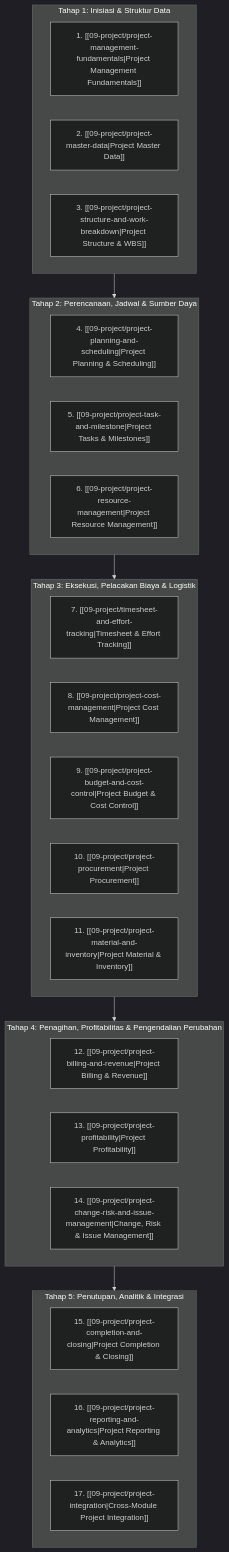
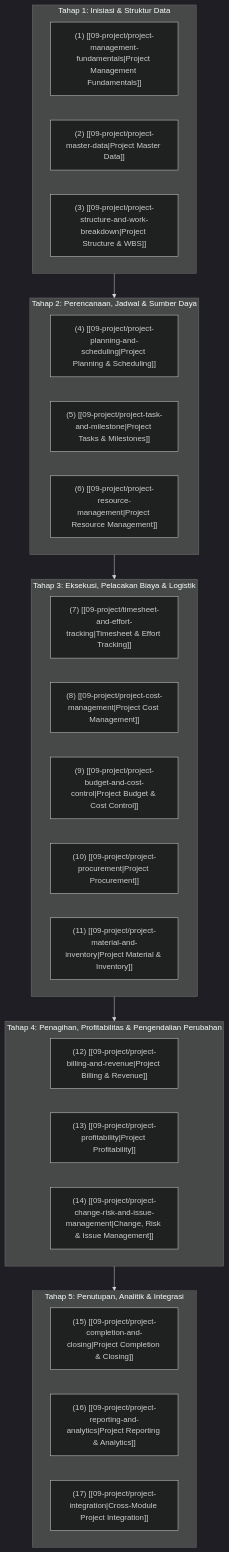
One commit to alimurrofid/erp-notes changed the diagram in content/09-project/index.md. Above: the diagram before and after it, drawn with Mermaid (dark theme). The commit also changed 132 other files, not shown here.

````diff
--- a/content/09-project/index.md
+++ b/content/09-project/index.md
@@ -19,36 +19,36 @@
 ```mermaid
 flowchart TD
     subgraph S1["Tahap 1: Inisiasi & Struktur Data"]
-        N1["1. [[09-project/project-management-fundamentals|Project Management Fundamentals]]"]
-        N2["2. [[09-project/project-master-data|Project Master Data]]"]
-        N3["3. [[09-project/project-structure-and-work-breakdown|Project Structure & WBS]]"]
+        N1["(1) [[09-project/project-management-fundamentals|Project Management Fundamentals]]"]
+        N2["(2) [[09-project/project-master-data|Project Master Data]]"]
+        N3["(3) [[09-project/project-structure-and-work-breakdown|Project Structure & WBS]]"]
     end
 
     subgraph S2["Tahap 2: Perencanaan, Jadwal & Sumber Daya"]
-        N4["4. [[09-project/project-planning-and-scheduling|Project Planning & Scheduling]]"]
-        N5["5. [[09-project/project-task-and-milestone|Project Tasks & Milestones]]"]
-        N6["6. [[09-project/project-resource-management|Project Resource Management]]"]
+        N4["(4) [[09-project/project-planning-and-scheduling|Project Planning & Scheduling]]"]
+        N5["(5) [[09-project/project-task-and-milestone|Project Tasks & Milestones]]"]
+        N6["(6) [[09-project/project-resource-management|Project Resource Management]]"]
     end
 
     subgraph S3["Tahap 3: Eksekusi, Pelacakan Biaya & Logistik"]
-        N7["7. [[09-project/timesheet-and-effort-tracking|Timesheet & Effort Tracking]]"]
-        N8["8. [[09-project/project-cost-management|Project Cost Management]]"]
-        N9["9. [[09-project/project-budget-and-cost-control|Project Budget & Cost Control]]"]
-        N10["10. [[09-project/project-procurement|Project Procurement]]"]
-        N11["11. [[09-project/project-material-and-inventory|Project Material & Inventory]]"]
+        N7["(7) [[09-project/timesheet-and-effort-tracking|Timesheet & Effort Tracking]]"]
+        N8["(8) [[09-project/project-cost-management|Project Cost Management]]"]
+        N9["(9) [[09-project/project-budget-and-cost-control|Project Budget & Cost Control]]"]
+        N10["(10) [[09-project/project-procurement|Project Procurement]]"]
+        N11["(11) [[09-project/project-material-and-inventory|Project Material & Inventory]]"]
     end
 
     subgraph S4["Tahap 4: Penagihan, Profitabilitas & Pengendalian Perubahan"]
-        N12["12. [[09-project/project-billing-and-revenue|Project Billing & Revenue]]"]
-        N13["13. [[09-project/project-profitability|Project Profitability]]"]
-        N14["14. [[09-project/project-change-risk-and-issue-management|Change, Risk & Issue Management]]"]
+        N12["(12) [[09-project/project-billing-and-revenue|Project Billing & Revenue]]"]
+        N13["(13) [[09-project/project-profitability|Project Profitability]]"]
+        N14["(14) [[09-project/project-change-risk-and-issue-management|Change, Risk & Issue Management]]"]
     end
 
     subgraph S5["Tahap 5: Penutupan, Analitik & Integrasi"]
-        N15["15. [[09-project/project-completion-and-closing|Project Completion & Closing]]"]
-        N16["16. [[09-project/project-reporting-and-analytics|Project Reporting & Analytics]]"]
-        N17["17. [[09-project/project-integration|Cross-Module Project Integration]]"]
+        N15["(15) [[09-project/project-completion-and-closing|Project Completion & Closing]]"]
+        N16["(16) [[09-project/project-reporting-and-analytics|Project Reporting & Analytics]]"]
+        N17["(17) [[09-project/project-integration|Cross-Module Project Integration]]"]
     end
 
     S1 --> S2 --> S3 --> S4 --> S5
 ```
````
